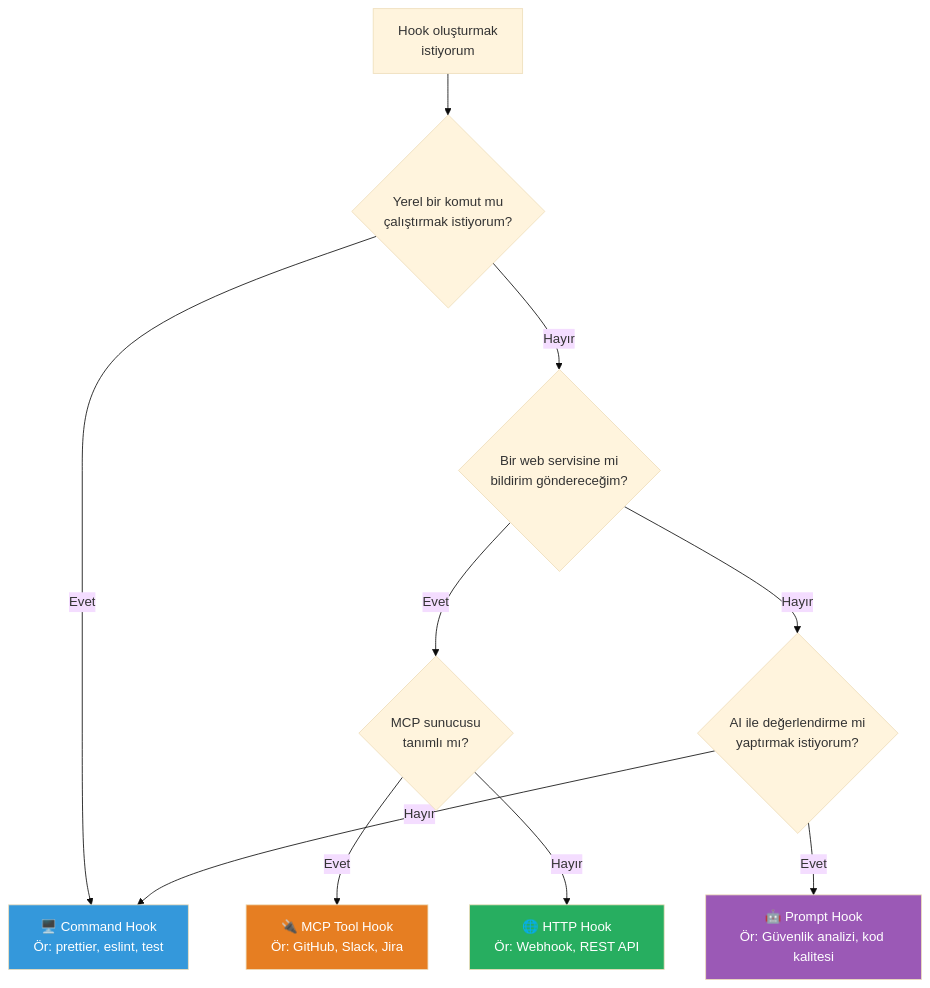
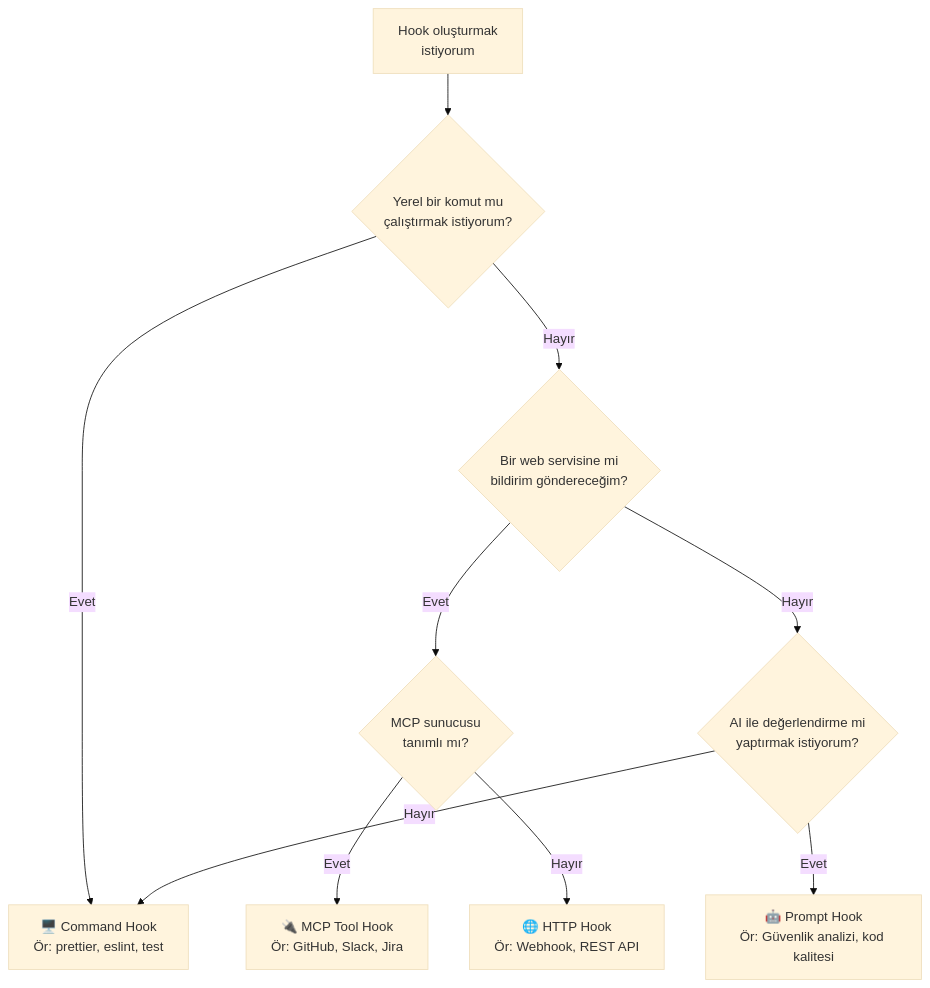
Before and after one commit to IzzetYasinAtes/ClaudeCodeHandbook: the seventh of 7 diagrams in 14-hooks-ve-otomasyon/03-hook-tipleri.md, drawn with Mermaid (base theme). The commit also changed other lines of this file and 97 other files, not shown here.

Commit message:
Remove all custom Mermaid style/fill colors from 98 markdown files for consistent dark theme rendering

````diff
--- a/14-hooks-ve-otomasyon/03-hook-tipleri.md
+++ b/14-hooks-ve-otomasyon/03-hook-tipleri.md
@@ -474,21 +464,17 @@
 ```mermaid
 flowchart TD
     START["Hook oluşturmak<br/>istiyorum"] --> Q1{"Yerel bir komut mu<br/>çalıştırmak istiyorum?"}
     
     Q1 -->|Evet| CMD["🖥️ Command Hook<br/>Ör: prettier, eslint, test"]
     Q1 -->|Hayır| Q2{"Bir web servisine mi<br/>bildirim göndereceğim?"}
     
     Q2 -->|Evet| Q3{"MCP sunucusu<br/>tanımlı mı?"}
     Q2 -->|Hayır| Q4{"AI ile değerlendirme mi<br/>yaptırmak istiyorum?"}
     
     Q3 -->|Evet| MCP_H["🔌 MCP Tool Hook<br/>Ör: GitHub, Slack, Jira"]
     Q3 -->|Hayır| HTTP_H["🌐 HTTP Hook<br/>Ör: Webhook, REST API"]
     
     Q4 -->|Evet| PROMPT_H["🤖 Prompt Hook<br/>Ör: Güvenlik analizi, kod kalitesi"]
     Q4 -->|Hayır| CMD
 
-    style CMD fill:#3498DB,color:#fff
-    style HTTP_H fill:#27AE60,color:#fff
-    style PROMPT_H fill:#9B59B6,color:#fff
-    style MCP_H fill:#E67E22,color:#fff
 ```
````
